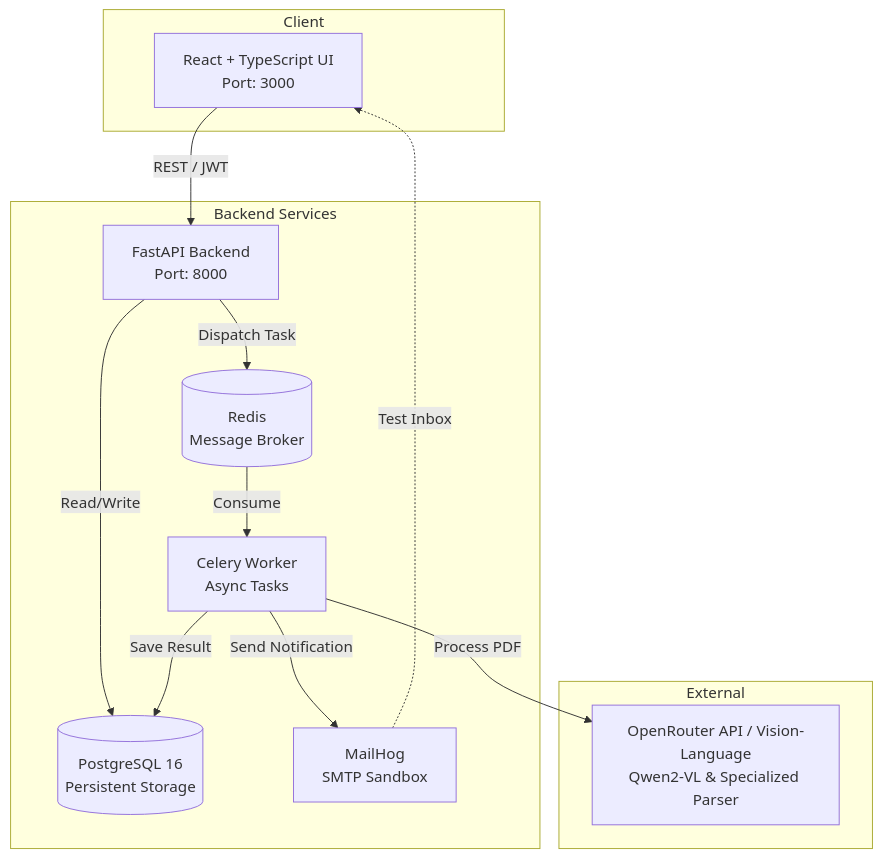
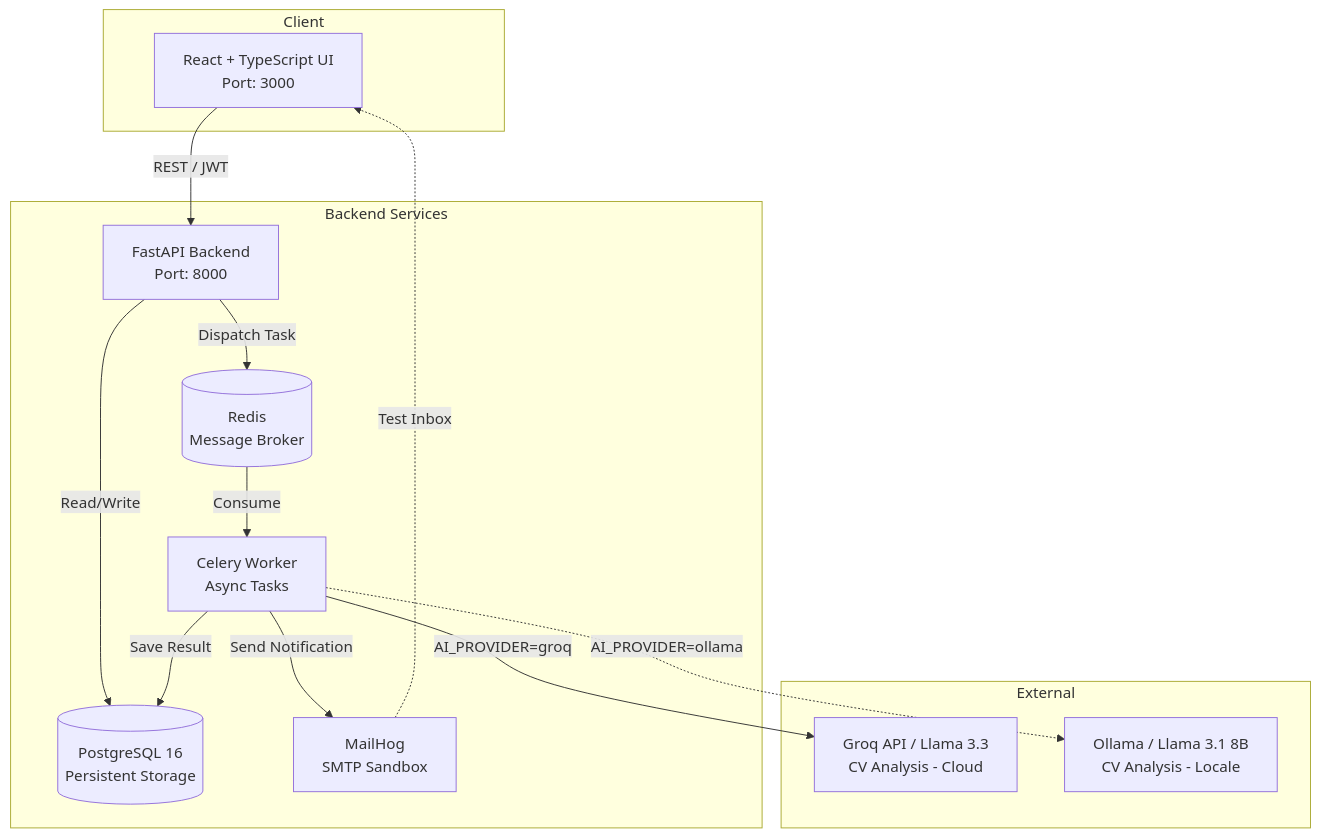
One commit to fabio-cerundolo/humflow-demo changed the diagram in README.md. Above: the diagram before and after it, drawn with Mermaid. The commit also changed other lines of this file, not shown here.

First line of the commit message:
Enhance README with WebSocket and AI provider details

````diff
--- a/README.md
+++ b/README.md
@@ -11,27 +11,29 @@
 ```mermaid
 graph TD
     subgraph Client
         UI[React + TypeScript UI<br/>Port: 3000]
     end
 
     subgraph Backend Services
         API[FastAPI Backend<br/>Port: 8000]
         Worker[Celery Worker<br/>Async Tasks]
         Broker[(Redis<br/>Message Broker)]
         DB[(PostgreSQL 16<br/>Persistent Storage)]
         Mail[MailHog<br/>SMTP Sandbox]
     end
 
     subgraph External
-        AI[OpenRouter API / Vision-Language<br/>Qwen2-VL & Specialized Parser]
+        AI[Groq API / Llama 3.3<br/>CV Analysis - Cloud]
+        Local[Ollama / Llama 3.1 8B<br/>CV Analysis - Locale]
     end
 
     UI -->|REST / JWT| API
     API -->|Read/Write| DB
     API -->|Dispatch Task| Broker
     Broker -->|Consume| Worker
-    Worker -->|Process PDF| AI
+    Worker -->|AI_PROVIDER=groq| AI
+    Worker -.->|AI_PROVIDER=ollama| Local
     Worker -->|Save Result| DB
     Worker -->|Send Notification| Mail
     Mail -.->|Test Inbox| UI
 ```
````
